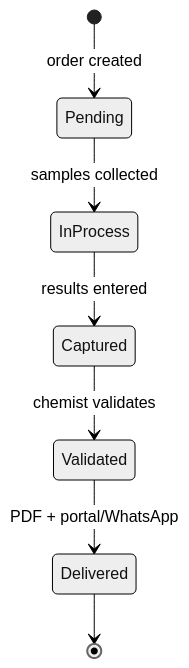
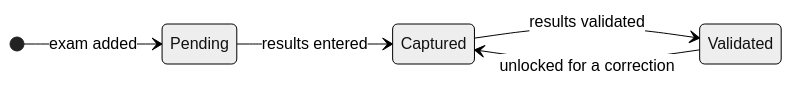
One commit to SpidySamurai/lab2next-showcase changed the fifth of 5 diagrams in docs/architecture.md. Above: the diagram before and after it, drawn with Mermaid. The commit also changed other lines of this file and 1 other file, not shown here.

First line of the commit message:
docs: describe order and exam states as the product models them

````diff
--- a/docs/architecture.md
+++ b/docs/architecture.md
@@ -121,10 +139,9 @@
 ```mermaid
 %%{init: {'theme': 'neutral'}}%%
 stateDiagram-v2
-    [*] --> Pending: order created
-    Pending --> InProcess: samples collected
-    InProcess --> Captured: results entered
-    Captured --> Validated: chemist validates
-    Validated --> Delivered: PDF + portal/WhatsApp
-    Delivered --> [*]
+    direction LR
+    [*] --> Pending: exam added
+    Pending --> Captured: results entered
+    Captured --> Validated: results validated
+    Validated --> Captured: unlocked for a correction
 ```
````
